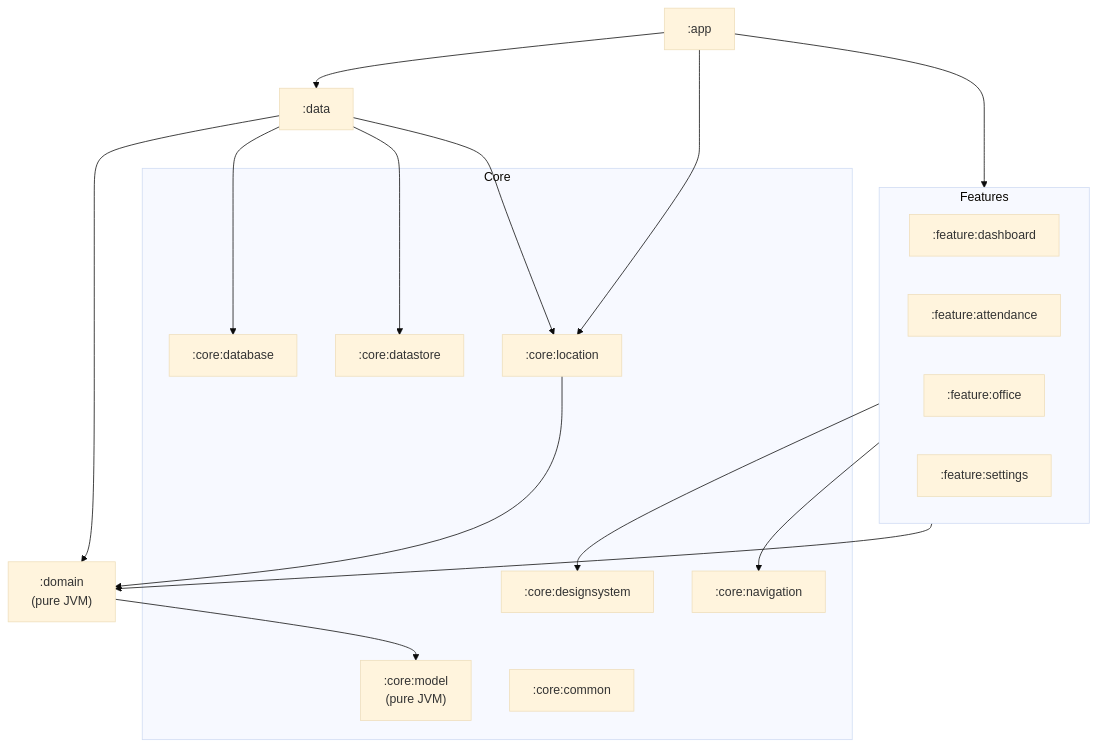
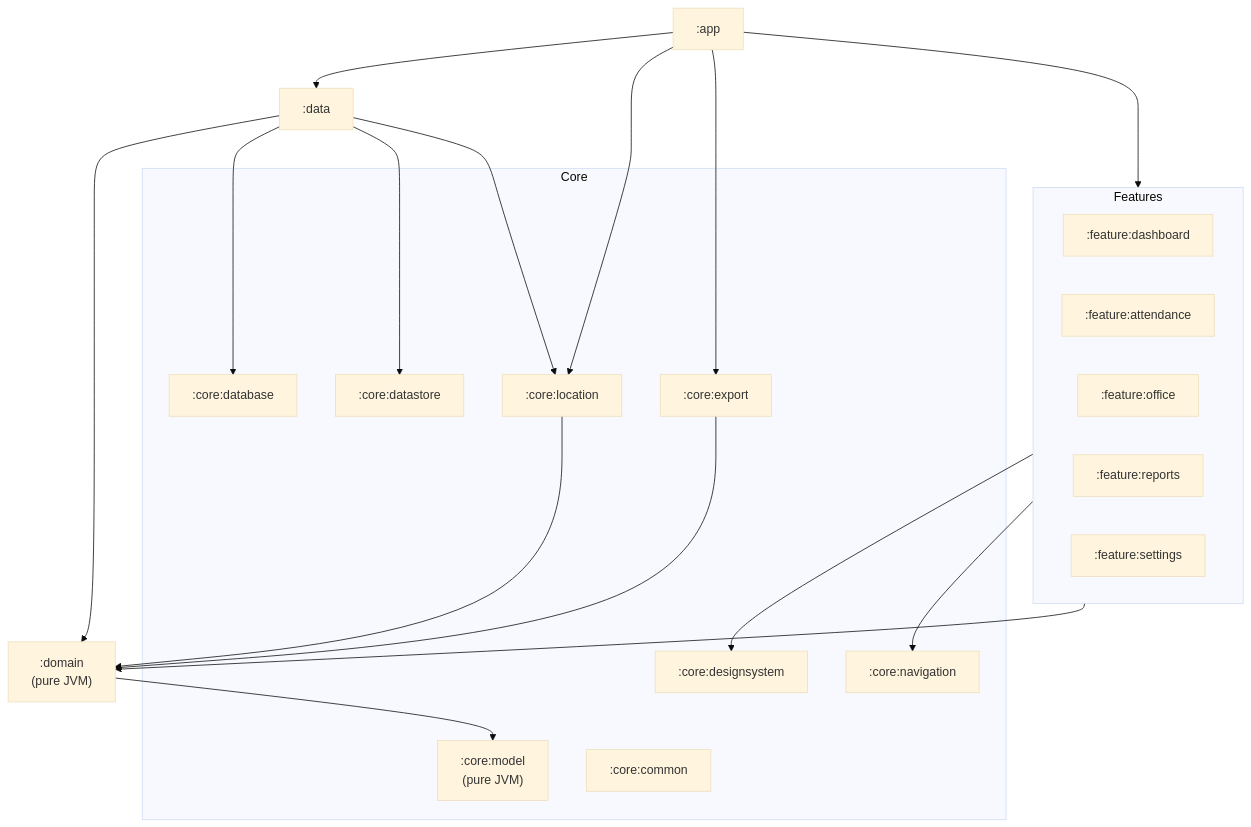
The diagram in README.md (Nahian98/Entrix), drawn with Mermaid (base theme) before and after one commit. The commit also changed other lines of this file, not shown here.

First line of the commit message:
docs: update README for multi-office, reports and PDF export

````diff
--- a/README.md
+++ b/README.md
@@ -47,37 +49,41 @@
 ```mermaid
 graph TD
     app[":app"]
 
     subgraph Features
         dashboard[":feature:dashboard"]
         attendance[":feature:attendance"]
         office[":feature:office"]
+        reports[":feature:reports"]
         settings[":feature:settings"]
     end
 
     data[":data"]
     domain[":domain<br/>(pure JVM)"]
 
     subgraph Core
         model[":core:model<br/>(pure JVM)"]
         common[":core:common"]
         designsystem[":core:designsystem"]
         navigation[":core:navigation"]
         database[":core:database"]
         datastore[":core:datastore"]
         location[":core:location"]
+        export[":core:export"]
     end
 
     app --> Features
     app --> data
     app --> location
+    app --> export
     Features --> domain
     Features --> designsystem
     Features --> navigation
     data --> domain
     data --> database
     data --> datastore
     data --> location
     location --> domain
+    export --> domain
     domain --> model
 ```
````
